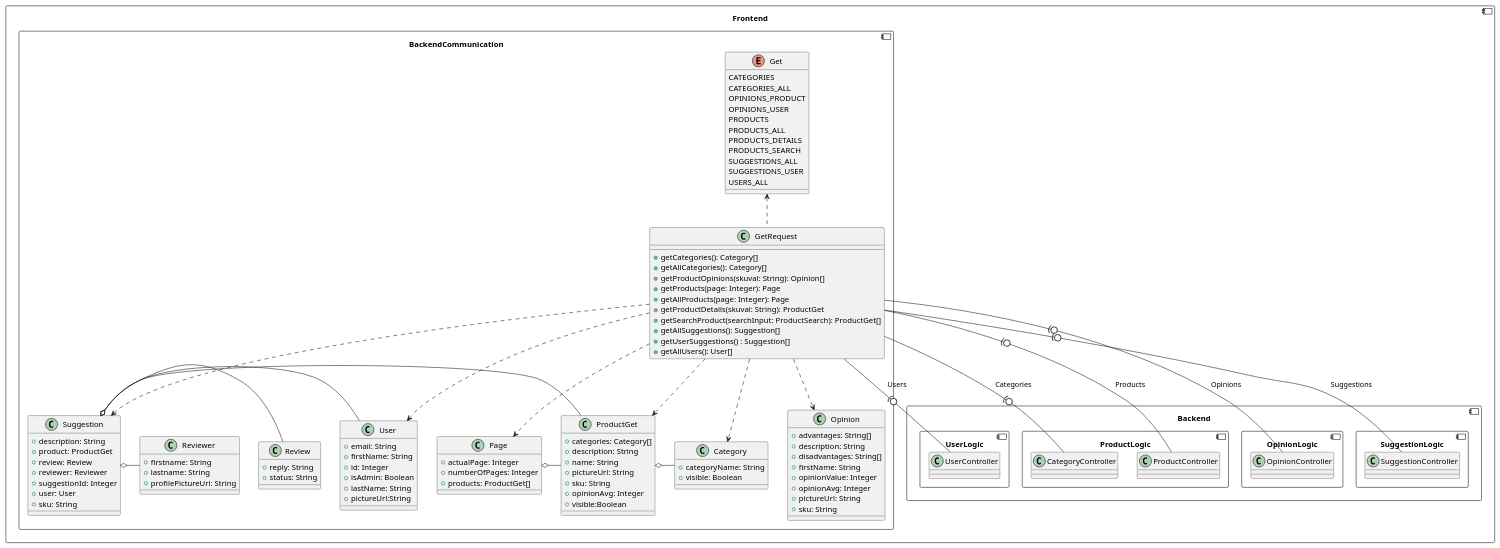
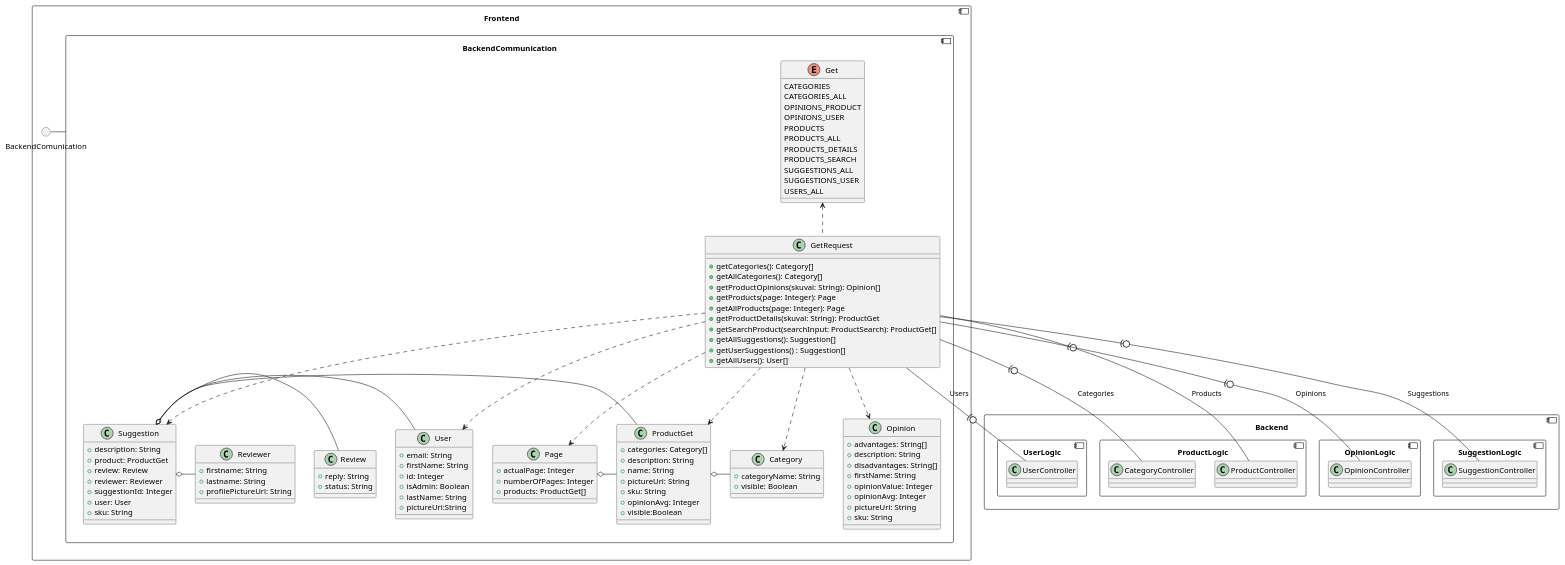
The seventh of 11 diagrams in FullClassDiagrams.md (RadekBucki/OpinionCollectorArchitecture), drawn with PlantUML before and after one commit. The commit also changed other lines of this file, not shown here.

Commit message:
Finish BackendCommunication

````diff
--- a/FullClassDiagrams.md
+++ b/FullClassDiagrams.md
@@ -308,5 +308,6 @@
 ```plantuml
 component Frontend {
+    circle BackendComunication
     component BackendCommunication {
         enum Get {
             CATEGORIES
@@ -412,6 +413,8 @@
         GetRequest ..> ProductGet
         GetRequest ..> Suggestion
         GetRequest ..> User
+    }
+    BackendComunication - BackendCommunication
 }
 component Backend {
     component UserLogic {
````
